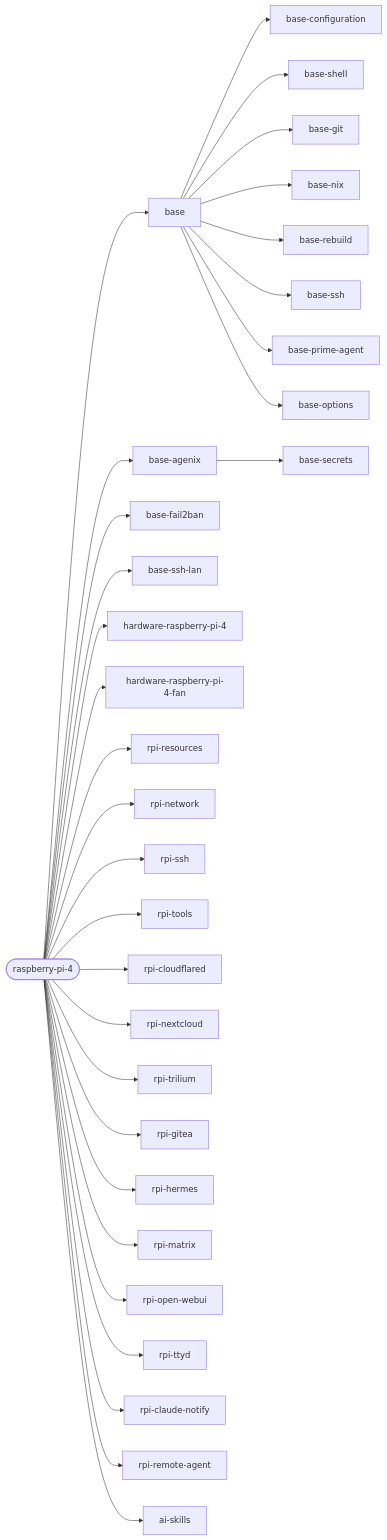
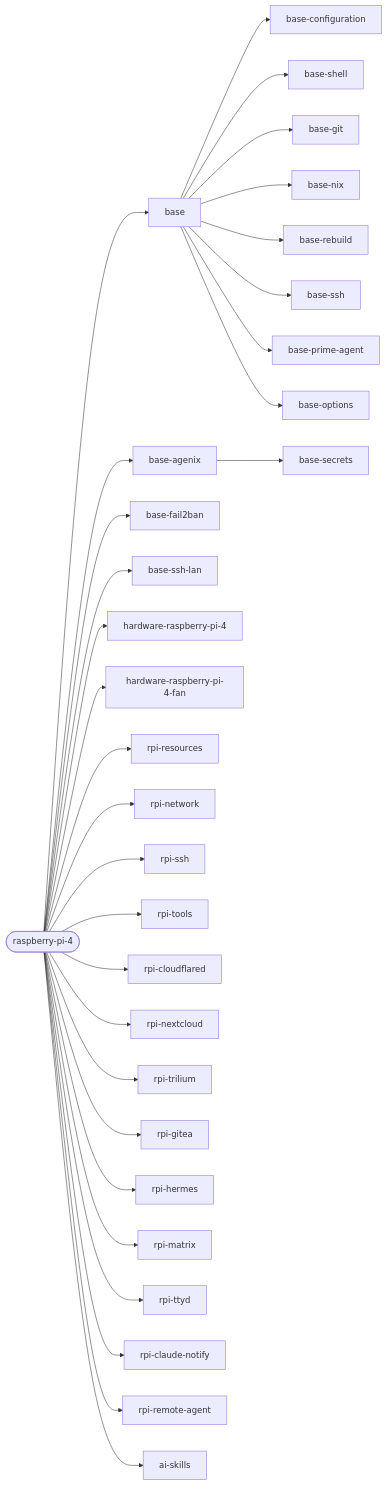
Before and after one commit to janusz-bit/nixos: the second of 3 diagrams in docs/reference/hosts.md, drawn with Mermaid. The commit also changed other lines of this file and 10 other files, not shown here.

Commit message:
rpi: drop open webui and chat.<domain>

````diff
--- a/docs/reference/hosts.md
+++ b/docs/reference/hosts.md
@@ -120,34 +120,33 @@
 ```mermaid
 flowchart LR
   host_raspberry_pi_4([raspberry-pi-4])
   host_raspberry_pi_4 --> base[base]
   host_raspberry_pi_4 --> base_agenix[base-agenix]
   host_raspberry_pi_4 --> base_fail2ban[base-fail2ban]
   host_raspberry_pi_4 --> base_ssh_lan[base-ssh-lan]
   host_raspberry_pi_4 --> hardware_raspberry_pi_4[hardware-raspberry-pi-4]
   host_raspberry_pi_4 --> hardware_raspberry_pi_4_fan[hardware-raspberry-pi-4-fan]
   host_raspberry_pi_4 --> rpi_resources[rpi-resources]
   host_raspberry_pi_4 --> rpi_network[rpi-network]
   host_raspberry_pi_4 --> rpi_ssh[rpi-ssh]
   host_raspberry_pi_4 --> rpi_tools[rpi-tools]
   host_raspberry_pi_4 --> rpi_cloudflared[rpi-cloudflared]
   host_raspberry_pi_4 --> rpi_nextcloud[rpi-nextcloud]
   host_raspberry_pi_4 --> rpi_trilium[rpi-trilium]
   host_raspberry_pi_4 --> rpi_gitea[rpi-gitea]
   host_raspberry_pi_4 --> rpi_hermes[rpi-hermes]
   host_raspberry_pi_4 --> rpi_matrix[rpi-matrix]
-  host_raspberry_pi_4 --> rpi_open_webui[rpi-open-webui]
   host_raspberry_pi_4 --> rpi_ttyd[rpi-ttyd]
   host_raspberry_pi_4 --> rpi_claude_notify[rpi-claude-notify]
   host_raspberry_pi_4 --> rpi_remote_agent[rpi-remote-agent]
   host_raspberry_pi_4 --> ai_skills[ai-skills]
   base --> base_configuration[base-configuration]
   base --> base_shell[base-shell]
   base --> base_git[base-git]
   base --> base_nix[base-nix]
   base --> base_rebuild[base-rebuild]
   base --> base_ssh[base-ssh]
   base --> base_prime_agent[base-prime-agent]
   base --> base_options[base-options]
   base_agenix --> base_secrets[base-secrets]
 ```
````
